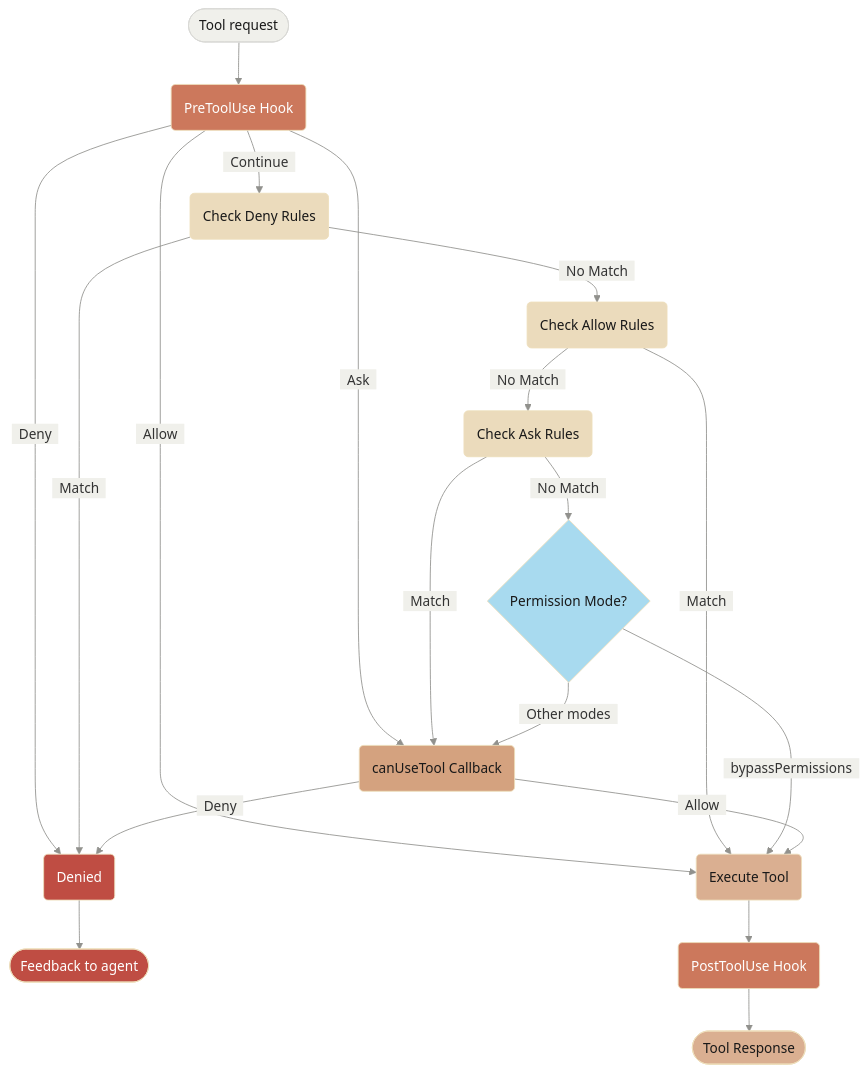
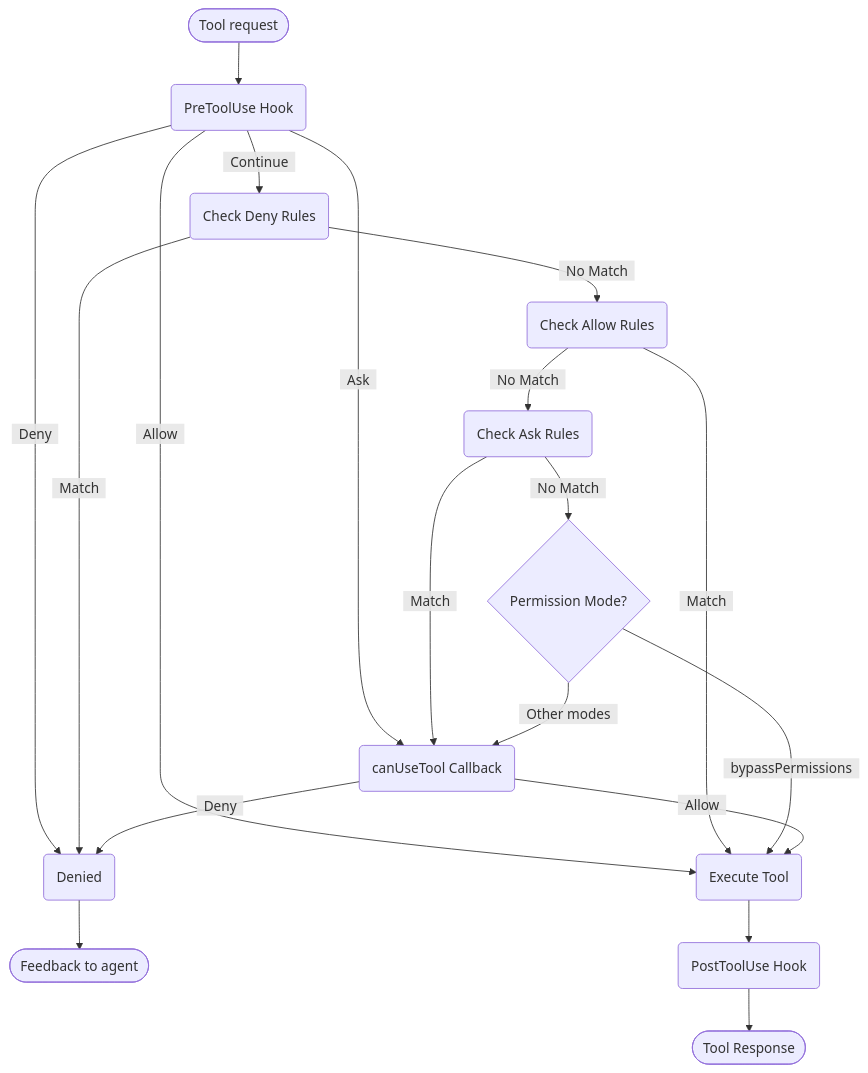
One commit to melodic-software/claude-code-plugins changed the diagram in plugins/claude-ecosystem/skills/docs-management/canonical/platform-claude-com/docs/en/agent-sdk/permissions.md. Above: the diagram before and after it, drawn with Mermaid. The commit also changed other lines of this file and 65 other files, not shown here.

````diff
--- a/plugins/claude-ecosystem/skills/docs-management/canonical/platform-claude-com/docs/en/agent-sdk/permissions.md
+++ b/plugins/claude-ecosystem/skills/docs-management/canonical/platform-claude-com/docs/en/agent-sdk/permissions.md
@@ -57,49 +38,32 @@
 ```mermaid
-%%{init: {"theme": "base", "themeVariables": {"edgeLabelBackground": "#F0F0EB", "lineColor": "#91918D"}, "flowchart": {"edgeLabelMarginX": 12, "edgeLabelMarginY": 8}}}%%
+
 flowchart TD
     Start([Tool request]) --> PreHook(PreToolUse Hook)
 
     PreHook -->|&nbsp;&nbsp;Allow&nbsp;&nbsp;| Execute(Execute Tool)
     PreHook -->|&nbsp;&nbsp;Deny&nbsp;&nbsp;| Denied(Denied)
     PreHook -->|&nbsp;&nbsp;Ask&nbsp;&nbsp;| Callback(canUseTool Callback)
     PreHook -->|&nbsp;&nbsp;Continue&nbsp;&nbsp;| Deny(Check Deny Rules)
 
     Deny -->|&nbsp;&nbsp;Match&nbsp;&nbsp;| Denied
     Deny -->|&nbsp;&nbsp;No Match&nbsp;&nbsp;| Allow(Check Allow Rules)
 
     Allow -->|&nbsp;&nbsp;Match&nbsp;&nbsp;| Execute
     Allow -->|&nbsp;&nbsp;No Match&nbsp;&nbsp;| Ask(Check Ask Rules)
 
     Ask -->|&nbsp;&nbsp;Match&nbsp;&nbsp;| Callback
     Ask -->|&nbsp;&nbsp;No Match&nbsp;&nbsp;| Mode{Permission Mode?}
 
     Mode -->|&nbsp;&nbsp;bypassPermissions&nbsp;&nbsp;| Execute
     Mode -->|&nbsp;&nbsp;Other modes&nbsp;&nbsp;| Callback
 
     Callback -->|&nbsp;&nbsp;Allow&nbsp;&nbsp;| Execute
     Callback -->|&nbsp;&nbsp;Deny&nbsp;&nbsp;| Denied
 
     Denied --> DeniedResponse([Feedback to agent])
 
     Execute --> PostHook(PostToolUse Hook)
     PostHook --> Done([Tool Response])
 
-    style Start fill:#F0F0EB,stroke:#D9D8D5,color:#191919
 
-    style Denied fill:#BF4D43,color:#fff
-    style DeniedResponse fill:#BF4D43,color:#fff
-    style Execute fill:#DAAF91,color:#191919
-    style Done fill:#DAAF91,color:#191919
-
-    classDef hookClass fill:#CC785C,color:#fff
-    class PreHook,PostHook hookClass
-
-    classDef ruleClass fill:#EBDBBC,color:#191919
-    class Deny,Allow,Ask ruleClass
-
-    classDef modeClass fill:#A8DAEF,color:#191919
-    class Mode modeClass
-
-    classDef callbackClass fill:#D4A27F,color:#191919
-    class Callback callbackClass
 ```
````
